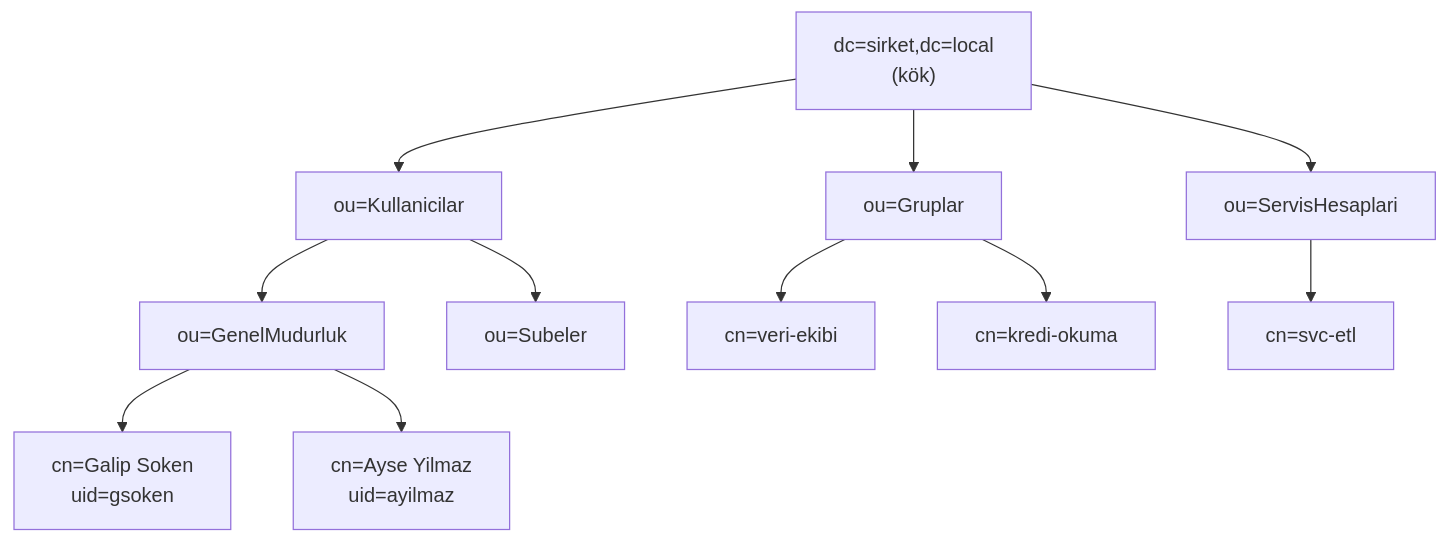
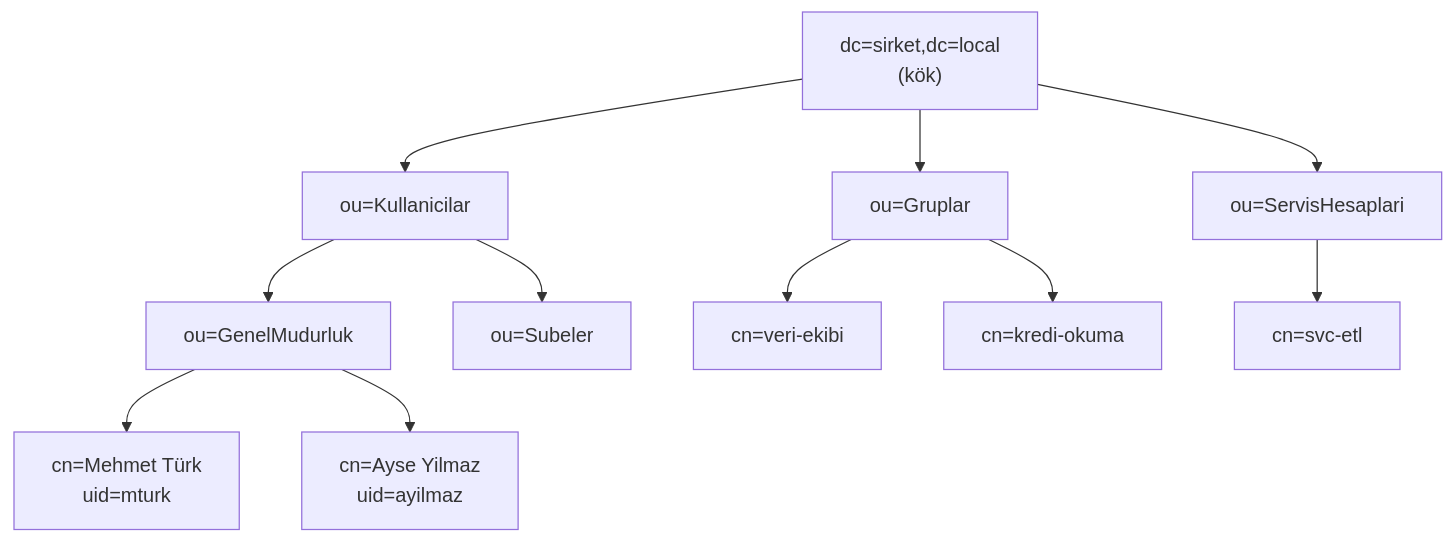
The first of 2 diagrams in docs/15-guvenlik/02-ldap.md (GalipSoken/atlas), drawn with Mermaid before and after one commit. The commit also changed other lines of this file and 36 other files, not shown here.

First line of the commit message:
Veri modelleme (12.6–12.7), model riski ve açıklanabilirlik (13.13–13.14); örnek ad Mehmet Türk; tutarsızlık düzeltmeleri

````diff
--- a/docs/15-guvenlik/02-ldap.md
+++ b/docs/15-guvenlik/02-ldap.md
@@ -19,13 +19,13 @@
 ```mermaid
 flowchart TB
     ROOT["dc=sirket,dc=local<br/>(kök)"] --> OU1["ou=Kullanicilar"]
     ROOT --> OU2["ou=Gruplar"]
     ROOT --> OU3["ou=ServisHesaplari"]
     OU1 --> OU11["ou=GenelMudurluk"]
     OU1 --> OU12["ou=Subeler"]
-    OU11 --> U1["cn=Galip Soken<br/>uid=gsoken"]
+    OU11 --> U1["cn=Mehmet Türk<br/>uid=mturk"]
     OU11 --> U2["cn=Ayse Yilmaz<br/>uid=ayilmaz"]
     OU2 --> G1["cn=veri-ekibi"]
     OU2 --> G2["cn=kredi-okuma"]
     OU3 --> S1["cn=svc-etl"]
 ```
````
